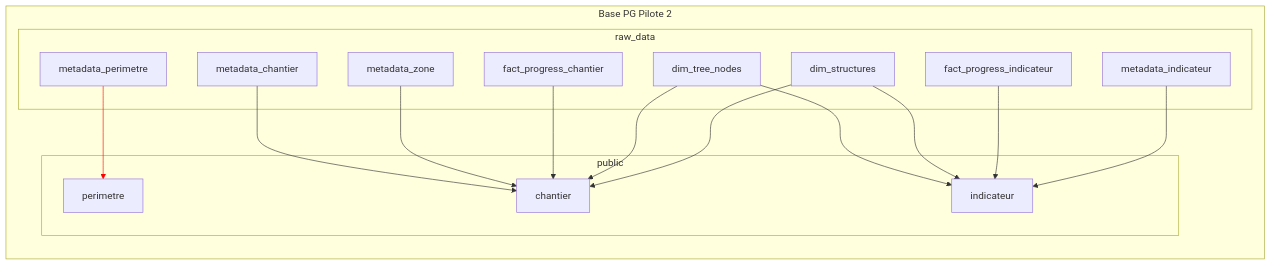
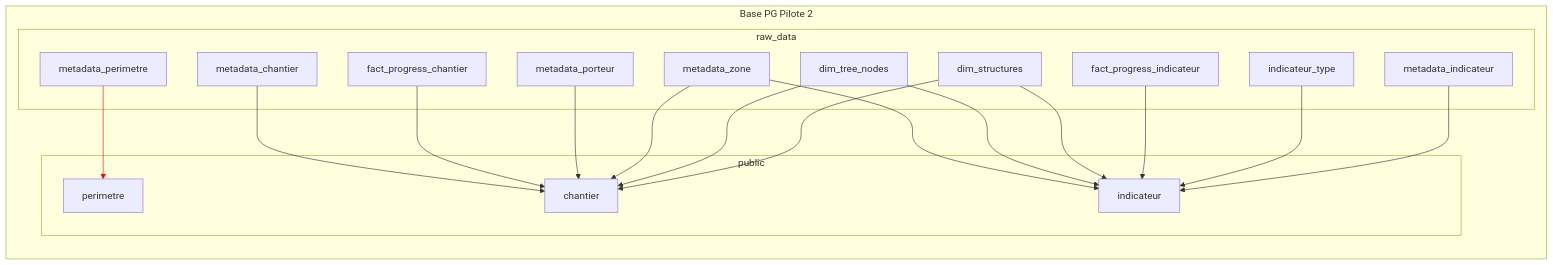
The fourth of 4 diagrams in data/README.md (DITP-pilotage/pilote-2), drawn with Mermaid before and after one commit. The commit also changed other lines of this file, not shown here.

Commit message:
chore: mise à jour de l'archi data dans le data/readme (132)

````diff
--- a/data/README.md
+++ b/data/README.md
@@ -219,28 +224,33 @@
 ``` mermaid
 graph LR
 subgraph Base PG Pilote 2
    subgraph raw_data
       M_CHA[metadata_chantier]
       M_PER[metadata_perimetre]
       M_IND[metadata_indicateur]
       M_ZON[metadata_zone]
       D_FPI[fact_progress_indicateur]
       D_FPC[fact_progress_chantier]
       D_DTN[dim_tree_nodes]
       D_DS[dim_structures]
+      M_TYPE[indicateur_type]
+      M_PORT[metadata_porteur]
    end
    subgraph public
       M_PER --> PER[perimetre]
       M_CHA --> CHA[chantier]
+      D_FPC --> CHA
+      M_PORT --> CHA
       M_ZON --> CHA
-      D_FPC --> CHA
       D_DTN --> CHA
       D_DS  --> CHA
+      M_ZON --> IND
       D_DTN --> IND
       D_DS  --> IND
       D_FPI --> IND
+      M_TYPE --> IND
       M_IND --> IND[indicateur]
       linkStyle 0 stroke:red;
    end
 end
 ```
````
